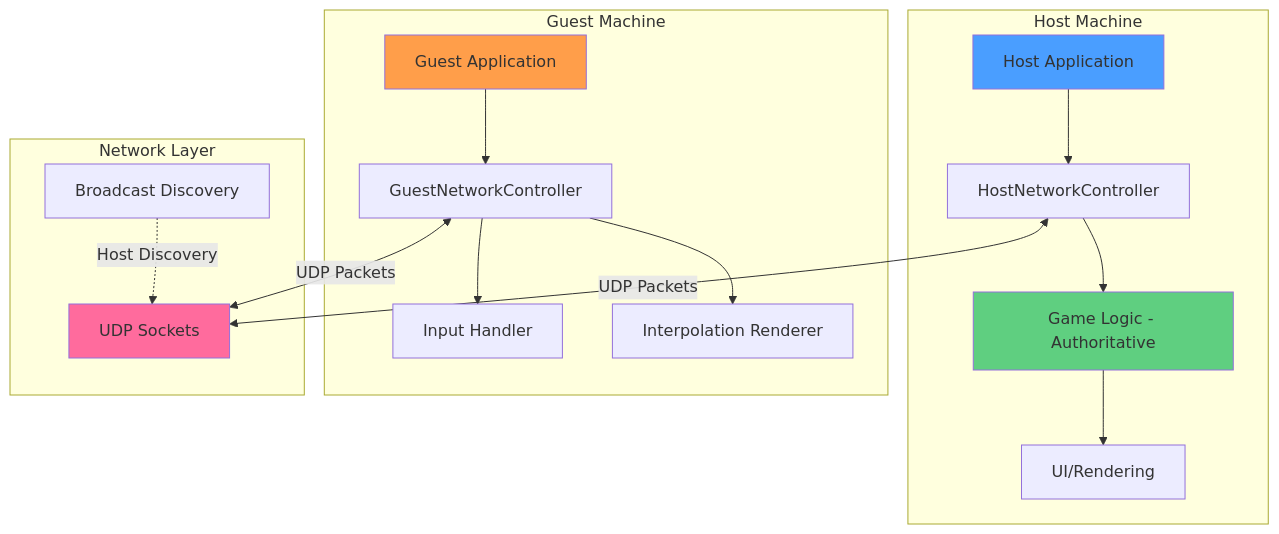
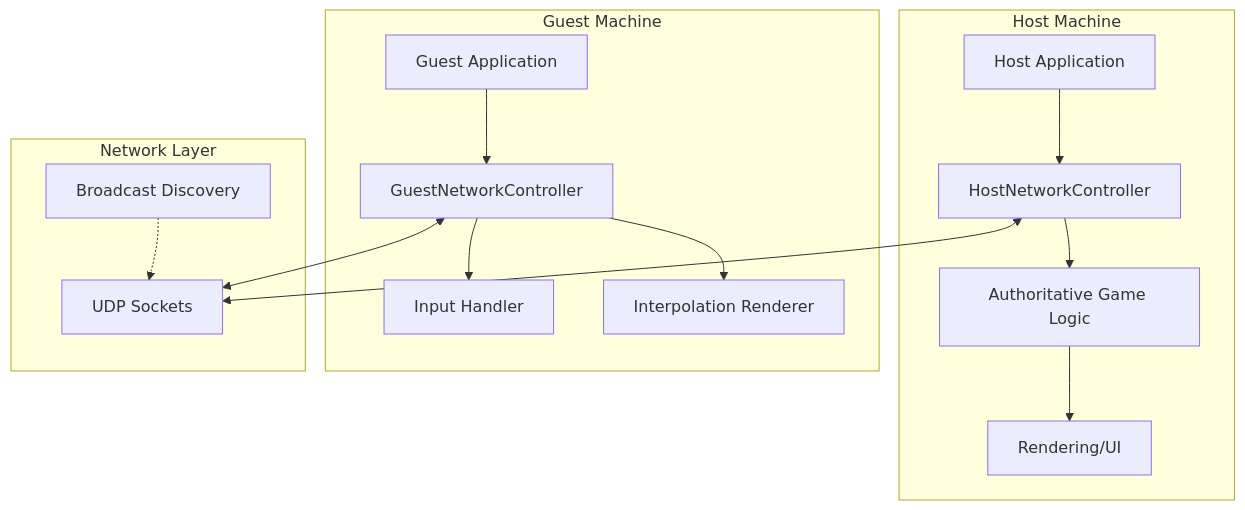
Before and after one commit to OlawoleAbayomi-Owodunni/pong-networking: the first of 6 diagrams in DESIGN_REPORT.md, drawn with Mermaid. The commit also changed other lines of this file, not shown here.

````diff
--- a/DESIGN_REPORT.md
+++ b/DESIGN_REPORT.md
@@ -37,38 +44,33 @@
 ```mermaid
 graph TB
     subgraph "Host Machine"
         H[Host Application]
         HNC[HostNetworkController]
-        HG[Game Logic - Authoritative]
-        HUI[UI/Rendering]
+        HG[Authoritative Game Logic]
+        HUI[Rendering/UI]
     end
-    
+
     subgraph "Guest Machine"
         G[Guest Application]
         GNC[GuestNetworkController]
         GI[Input Handler]
         GR[Interpolation Renderer]
     end
-    
+
     subgraph "Network Layer"
         UDP[UDP Sockets]
         BR[Broadcast Discovery]
     end
-    
+
     H --> HNC
     HNC --> HG
     HG --> HUI
-    HNC <-->|UDP Packets| UDP
-    
+    HNC <--> UDP
+
     G --> GNC
     GNC --> GI
     GNC --> GR
-    GNC <-->|UDP Packets| UDP
-    
-    BR -.->|Host Discovery| UDP
-    
-    style H fill:#4a9eff
-    style G fill:#ff9e4a
-    style HG fill:#5fcf80
-    style UDP fill:#ff6b9d
+    GNC <--> UDP
+
+    BR -.-> UDP
 ```
````
